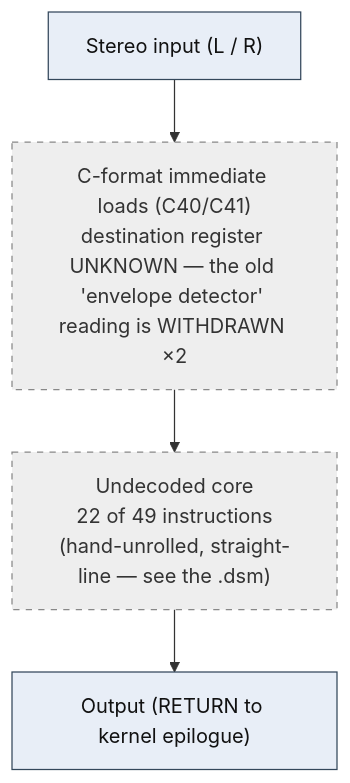
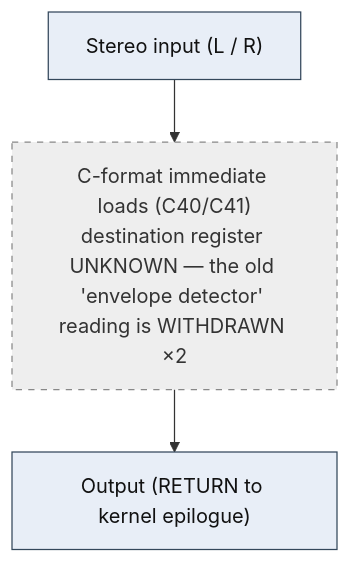
The diagram in dsp/flowcharts/prog00_no_operation.md (ArqueologiaDigital/kn5000-roms-disasm), drawn with Mermaid before and after one commit. The commit also changed other lines of this file and 39 other files, not shown here.

First line of the commit message:
dsp: annotate all flowcharts with the classic effect topology each shape matches

````diff
--- a/dsp/flowcharts/prog00_no_operation.md
+++ b/dsp/flowcharts/prog00_no_operation.md
@@ -12,19 +12,17 @@
 ```mermaid
 flowchart TD
     N0["Stereo input (L / R)"]
     N1["C-format immediate loads (C40/C41)<br/>destination register UNKNOWN &mdash; the old 'envelope detector' reading is WITHDRAWN &times;2"]
     N0 --> N1
-    N2["Undecoded core<br/>22 of 49 instructions<br/>(hand-unrolled, straight-line &mdash; see the .dsm)"]
+    N2["Output (RETURN to kernel epilogue)"]
     N1 --> N2
-    N3["Output (RETURN to kernel epilogue)"]
-    N2 --> N3
 
     classDef io fill:#e8eef7,stroke:#33475b,stroke-width:1px,color:#111;
     classDef proven fill:#d7f0d7,stroke:#2e7d32,stroke-width:2px,color:#111;
     classDef measured fill:#dbe9fb,stroke:#1565c0,stroke-width:1.5px,color:#111;
     classDef inferred fill:#fdf0d5,stroke:#b8860b,stroke-width:1.5px,color:#111;
     classDef open fill:#eeeeee,stroke:#888,stroke-width:1px,color:#333,stroke-dasharray:5 5;
     classDef ctrl fill:#f3e8fb,stroke:#6a1b9a,stroke-width:1px,color:#111;
-    class N0,N3 io;
-    class N1,N2 open;
+    class N0,N2 io;
+    class N1 open;
 ```
````
